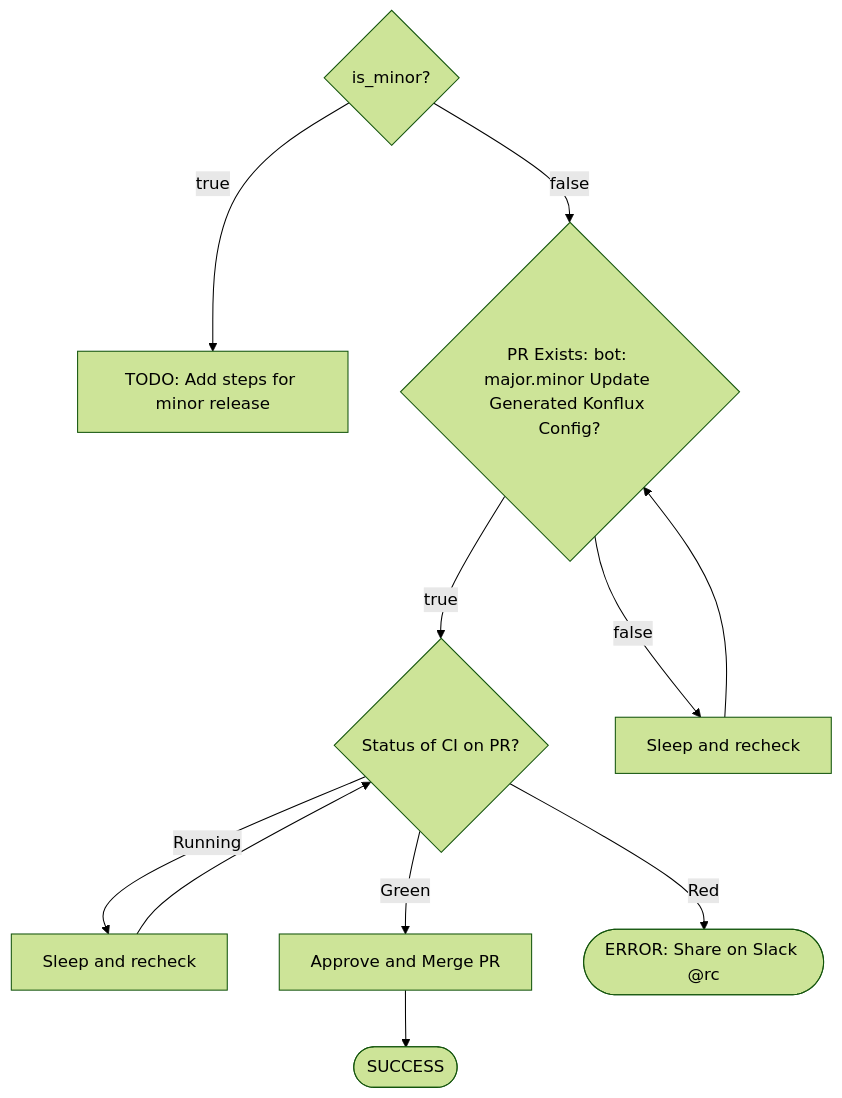
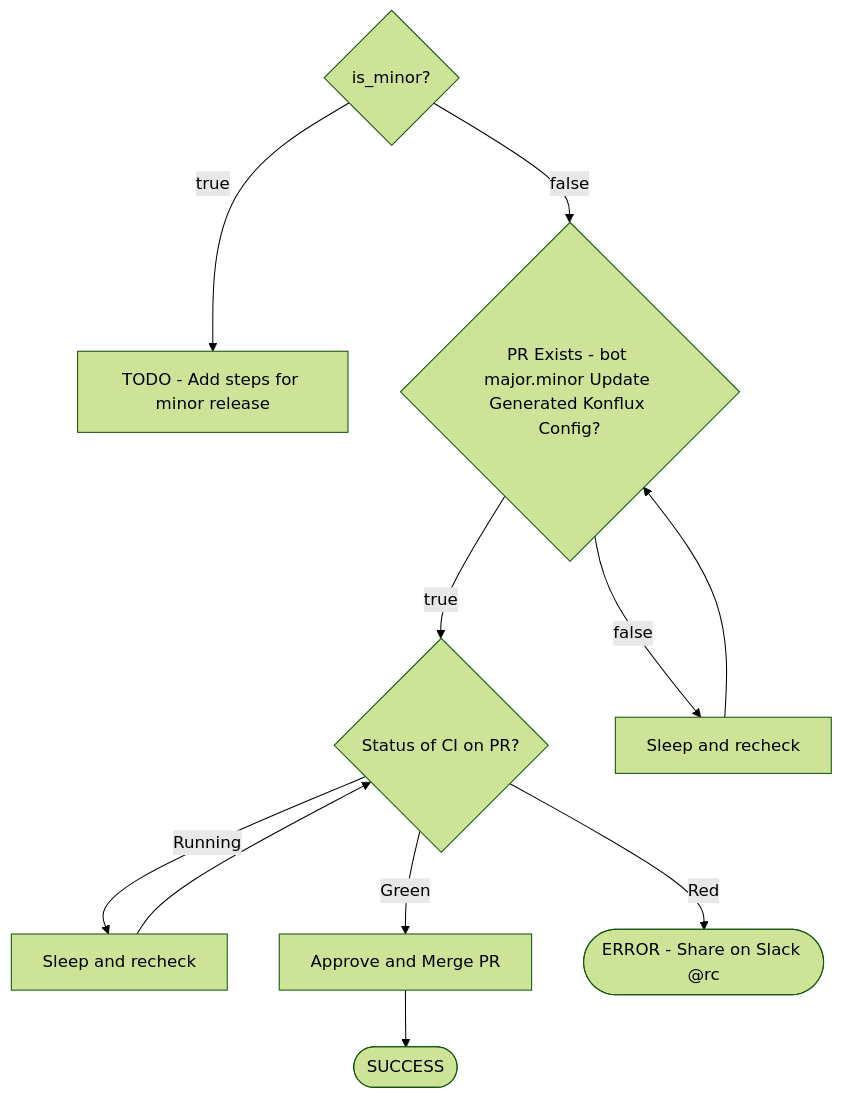
One commit to theakshaypant/osp-rc-tools changed the third of 20 diagrams in cra/Release Steps.md. Above: the diagram before and after it, drawn with Mermaid (forest theme). The commit also changed other lines of this file, not shown here.

Commit message:
docs(CRA): vibed missing steps

````diff
--- a/cra/Release Steps.md
+++ b/cra/Release Steps.md
@@ -104,18 +102,18 @@
 ```mermaid
 flowchart TD
     check_is_minor{is_minor?}
 
-    check_is_minor -->|true| minor[TODO: Add steps for minor release]
-    check_is_minor -->|false| pr_exists{"PR Exists: bot: major.minor Update Generated Konflux Config?"}
+    check_is_minor -->|true| minor[TODO - Add steps for minor release]
+    check_is_minor -->|false| pr_exists{"PR Exists - bot major.minor Update Generated Konflux Config?"}
 
     pr_exists -->|true| check_ci_status{Status of CI on PR?}
     pr_exists -->|false| wait_pr[Sleep and recheck]
     wait_pr --> pr_exists
 
     check_ci_status -->|Running| wait_ci[Sleep and recheck]
     wait_ci --> check_ci_status
     check_ci_status -->|Green| merge[Approve and Merge PR]
-    check_ci_status -->|Red| ERROR([ERROR: Share on Slack @rc])
+    check_ci_status -->|Red| ERROR([ERROR - Share on Slack @rc])
 
     merge --> SUCCESS([SUCCESS])
 ```
````
